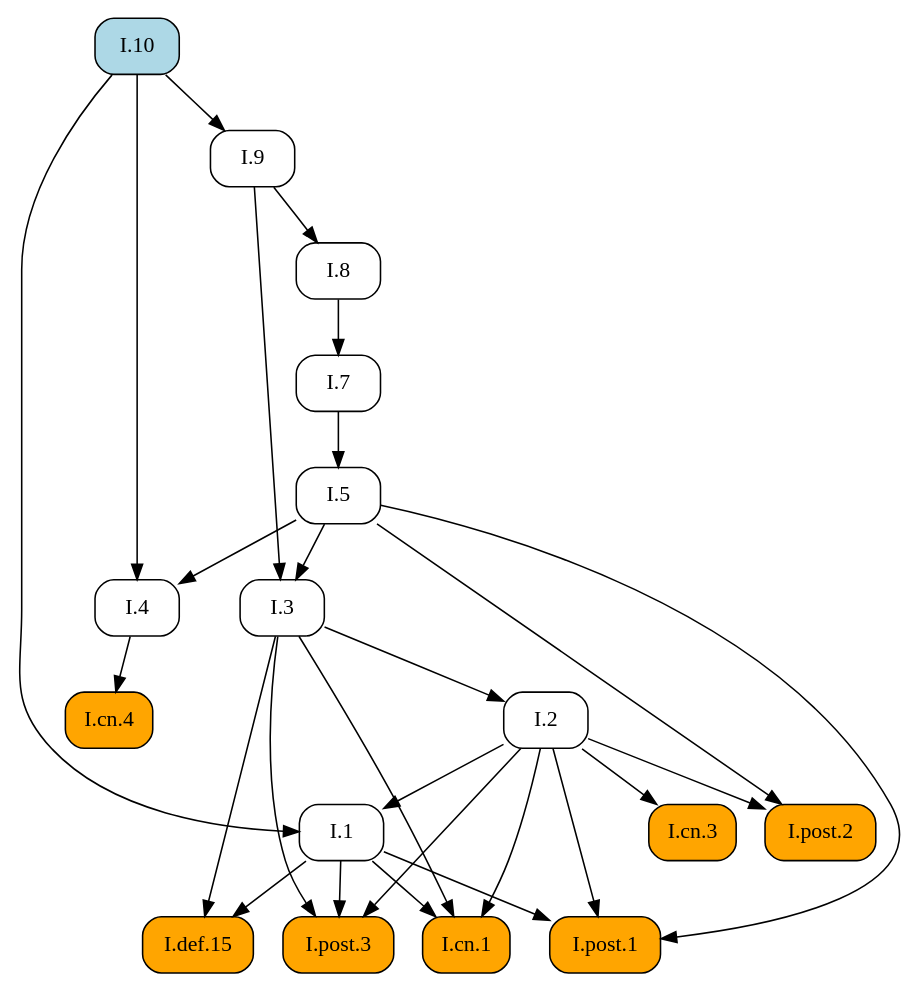
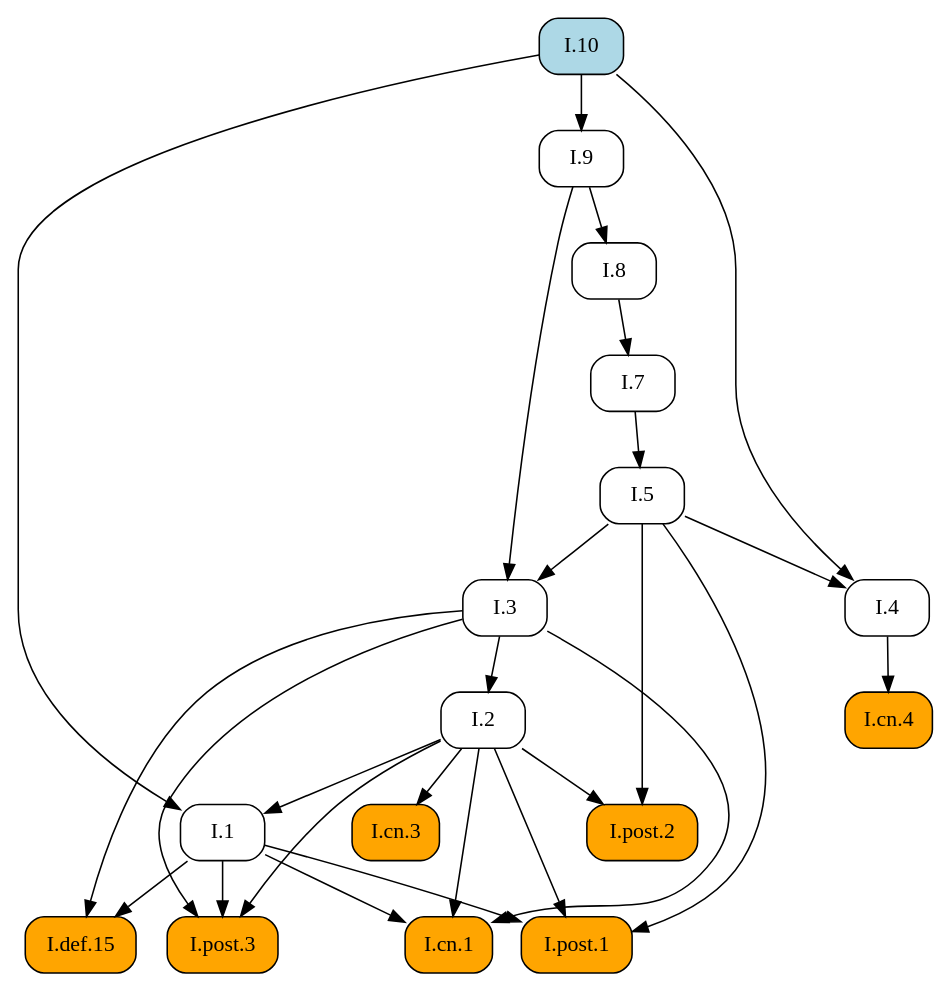
Before and after one commit to geometor/elements: the diagram in docsrc/heath/I/10/index.rst, drawn with Graphviz. The commit also changed other lines of this file and 1029 other files, not shown here.

```diff
--- a/docsrc/heath/I/10/index.rst
+++ b/docsrc/heath/I/10/index.rst
@@ -43,48 +43,48 @@
 .. graphviz::
 
    digraph {
      rankdir="TB";
      node [shape=box, style=rounded];
      "I.def.15" [style="rounded,filled", fillcolor=orange, URL="/heath/I/def.15/", target="_top"];
+     "I.9" [URL="/heath/I/9/", target="_top"];
      "I.1" [URL="/heath/I/1/", target="_top"];
      "I.post.3" [style="rounded,filled", fillcolor=orange, URL="/heath/I/post.3/", target="_top"];
+     "I.cn.1" [style="rounded,filled", fillcolor=orange, URL="/heath/I/cn.1/", target="_top"];
+     "I.7" [URL="/heath/I/7/", target="_top"];
+     "I.3" [URL="/heath/I/3/", target="_top"];
      "I.cn.3" [style="rounded,filled", fillcolor=orange, URL="/heath/I/cn.3/", target="_top"];
+     "I.8" [URL="/heath/I/8/", target="_top"];
+     "I.cn.4" [style="rounded,filled", fillcolor=orange, URL="/heath/I/cn.4/", target="_top"];
+     "I.4" [URL="/heath/I/4/", target="_top"];
+     "I.2" [URL="/heath/I/2/", target="_top"];
      "I.post.1" [style="rounded,filled", fillcolor=orange, URL="/heath/I/post.1/", target="_top"];
+     "I.post.2" [style="rounded,filled", fillcolor=orange, URL="/heath/I/post.2/", target="_top"];
+     "I.10" [style="rounded,filled", fillcolor=lightblue, URL="/heath/I/10/", target="_top"];
      "I.5" [URL="/heath/I/5/", target="_top"];
-     "I.7" [URL="/heath/I/7/", target="_top"];
-     "I.10" [style="rounded,filled", fillcolor=lightblue, URL="/heath/I/10/", target="_top"];
-     "I.4" [URL="/heath/I/4/", target="_top"];
-     "I.3" [URL="/heath/I/3/", target="_top"];
-     "I.cn.4" [style="rounded,filled", fillcolor=orange, URL="/heath/I/cn.4/", target="_top"];
-     "I.8" [URL="/heath/I/8/", target="_top"];
-     "I.9" [URL="/heath/I/9/", target="_top"];
-     "I.cn.1" [style="rounded,filled", fillcolor=orange, URL="/heath/I/cn.1/", target="_top"];
-     "I.post.2" [style="rounded,filled", fillcolor=orange, URL="/heath/I/post.2/", target="_top"];
-     "I.2" [URL="/heath/I/2/", target="_top"];
      "I.1" -> "I.def.15";
      "I.3" -> "I.def.15";
+     "I.10" -> "I.9";
      "I.2" -> "I.1";
      "I.10" -> "I.1";
      "I.1" -> "I.post.3";
      "I.2" -> "I.post.3";
      "I.3" -> "I.post.3";
+     "I.1" -> "I.cn.1";
+     "I.2" -> "I.cn.1";
+     "I.3" -> "I.cn.1";
+     "I.8" -> "I.7";
+     "I.5" -> "I.3";
+     "I.9" -> "I.3";
      "I.2" -> "I.cn.3";
+     "I.9" -> "I.8";
+     "I.4" -> "I.cn.4";
+     "I.5" -> "I.4";
+     "I.10" -> "I.4";
+     "I.3" -> "I.2";
      "I.1" -> "I.post.1";
      "I.2" -> "I.post.1";
      "I.5" -> "I.post.1";
-     "I.7" -> "I.5";
-     "I.8" -> "I.7";
-     "I.5" -> "I.4";
-     "I.10" -> "I.4";
-     "I.5" -> "I.3";
-     "I.9" -> "I.3";
-     "I.4" -> "I.cn.4";
-     "I.9" -> "I.8";
-     "I.10" -> "I.9";
-     "I.1" -> "I.cn.1";
-     "I.2" -> "I.cn.1";
-     "I.3" -> "I.cn.1";
      "I.2" -> "I.post.2";
      "I.5" -> "I.post.2";
-     "I.3" -> "I.2";
+     "I.7" -> "I.5";
    }
```
